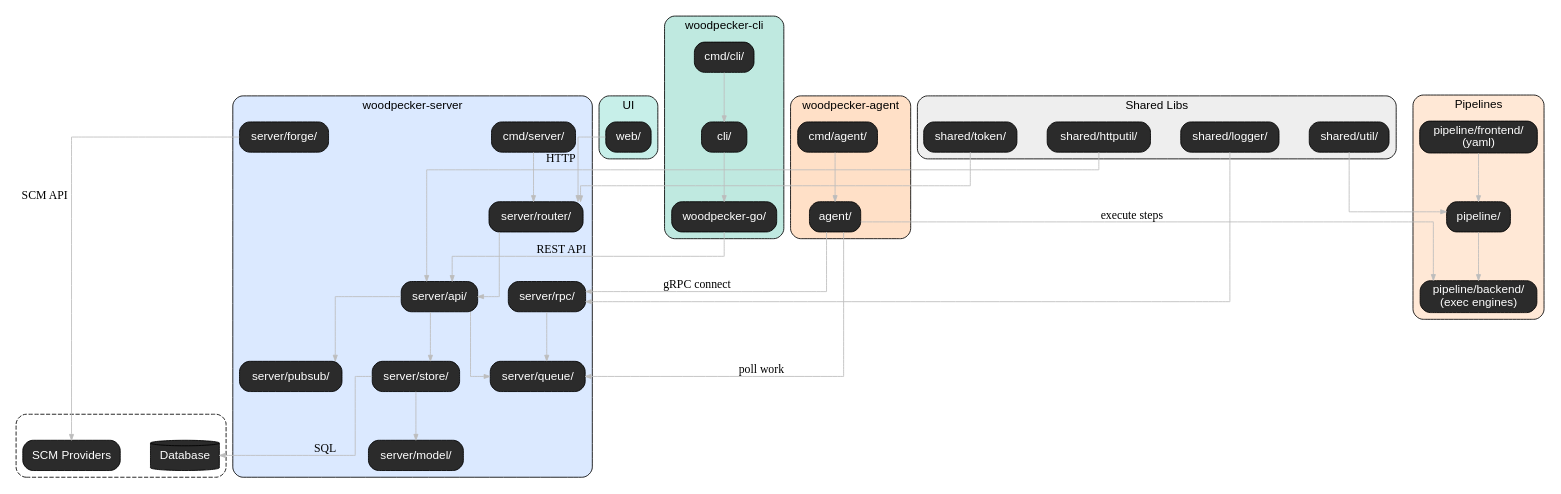
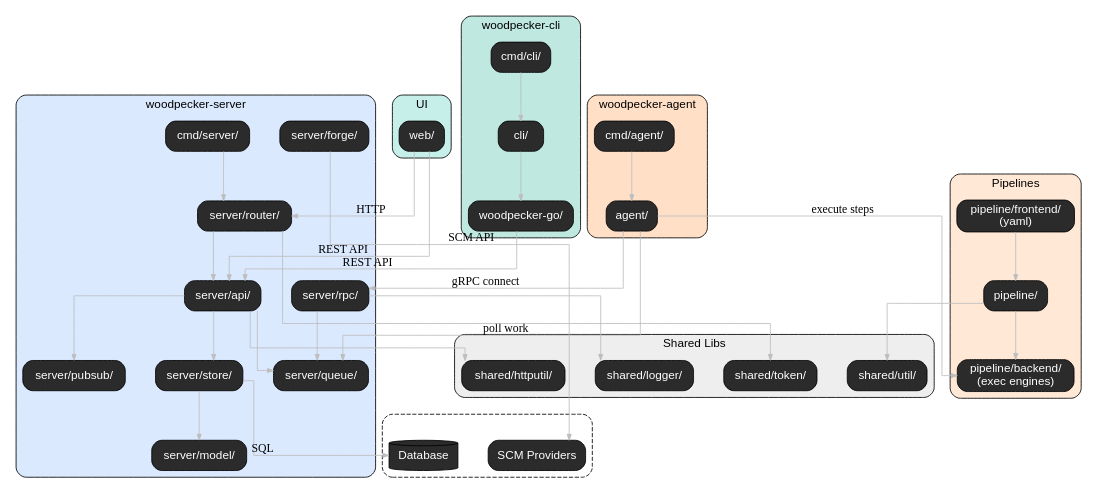
One commit to woodpecker-ci/woodpecker changed the diagram in docs/docs/92-development/woodpecker-architecture.dot. Above: the diagram before and after it, drawn with Graphviz. The commit also changed 1 other file, not shown here.

```diff
--- a/docs/docs/92-development/woodpecker-architecture.dot
+++ b/docs/docs/92-development/woodpecker-architecture.dot
@@ -1,147 +1,148 @@
 digraph WoodpeckerArchitecture {
   graph [
     rankdir=TB,
     splines=ortho,
     nodesep=0.5,
     ranksep=0.8,
     fontname="Helvetica"
   ]
 
   node [
     shape=box,
     style="rounded,filled",
     fillcolor="#2b2b2b",
     fontcolor="white",
     fontname="Helvetica"
   ]
 
   edge [
     color="#bdbdbd",
     arrowsize=0.7
   ]
 
   /* ===================== UI ===================== */
   subgraph cluster_ui {
     label="UI"
     fillcolor="#c7efe9"
     fontcolor="black"
     style="rounded,filled"
 
     ui_web [label="web/"]
   }
 
   /* ===================== CLI ===================== */
   subgraph cluster_cli {
     label="woodpecker-cli"
     fillcolor="#bfe9e0"
     fontcolor="black"
     style="rounded,filled"
 
     cli_cmd  [label="cmd/cli/"]
     cli_core [label="cli/"]
     cli_sdk  [label="woodpecker-go/"]
   }
 
   /* ===================== Agent ===================== */
   subgraph cluster_agent {
     label="woodpecker-agent"
     fillcolor="#ffe0c7"
     fontcolor="black"
     style="rounded,filled"
 
     agent_cmd  [label="cmd/agent/"]
     agent_core [label="agent/"]
   }
 
   /* ===================== Pipelines ===================== */
   subgraph cluster_pipelines {
     label="Pipelines"
     fillcolor="#ffe8d6"
     fontcolor="black"
     style="rounded,filled"
 
     pipe_core      [label="pipeline/"]
     pipe_frontend  [label="pipeline/frontend/\n(yaml)"]
     pipe_backend   [label="pipeline/backend/\n(exec engines)"]
   }
 
   /* ===================== Server ===================== */
   subgraph cluster_server {
     label="woodpecker-server"
     fillcolor="#dbe9ff"
     fontcolor="black"
     style="rounded,filled"
 
     srv_cmd     [label="cmd/server/"]
     srv_router  [label="server/router/"]
     srv_api     [label="server/api/"]
     srv_grpc    [label="server/rpc/"]
     srv_queue   [label="server/queue/"]
     srv_pubsub  [label="server/pubsub/"]
     srv_store   [label="server/store/"]
     srv_model   [label="server/model/"]
     srv_forge   [label="server/forge/"]
   }
 
   /* ===================== Shared Libs ===================== */
   subgraph cluster_shared {
     label="Shared Libs"
     fillcolor="#eeeeee"
     fontcolor="black"
     style="rounded,filled"
 
     shared_util   [label="shared/util/"]
     shared_token  [label="shared/token/"]
     shared_http   [label="shared/httputil/"]
     shared_log    [label="shared/logger/"]
   }
 
   /* ===================== External ===================== */
   subgraph cluster_external {
     label="External Systems"
     style="rounded,dashed"
     fontcolor="white"
 
     ext_scm [label="SCM Providers", shape=cloud]
     ext_db  [label="Database", shape=cylinder]
   }
 
   /* ===================== Runtime Interactions ===================== */
 
   /* UI */
   ui_web -> srv_router [xlabel="HTTP"]
+  ui_web -> srv_api    [xlabel="REST API"]
 
   /* CLI */
   cli_cmd  -> cli_core
   cli_core -> cli_sdk
   cli_sdk  -> srv_api [xlabel="REST API"]
 
   /* Agent */
   agent_cmd  -> agent_core
   agent_core -> srv_grpc  [xlabel="gRPC connect"]
   agent_core -> srv_queue [xlabel="poll work"]
   agent_core -> pipe_backend [xlabel="execute steps"]
 
   /* Pipelines */
   pipe_frontend -> pipe_core
   pipe_core     -> pipe_backend
 
   /* Server internal flow */
   srv_cmd    -> srv_router
   srv_router -> srv_api
   srv_api    -> srv_store
   srv_api    -> srv_pubsub
   srv_api    -> srv_queue
   srv_grpc   -> srv_queue
   srv_store  -> srv_model
 
   /* External integrations */
   srv_forge -> ext_scm [xlabel="SCM API"]
   srv_store -> ext_db  [xlabel="SQL"]
 
-  /* Shared libs usage (directional but non-orchestrating) */
-  shared_http  -> srv_api
-  shared_token -> srv_router
-  shared_log   -> srv_grpc
-  shared_util  -> pipe_core
+  /* Shared libs usage (consumer -> library) */
+  srv_router -> shared_token
+  srv_api    -> shared_http
+  srv_grpc   -> shared_log
+  pipe_core  -> shared_util
 }
```
